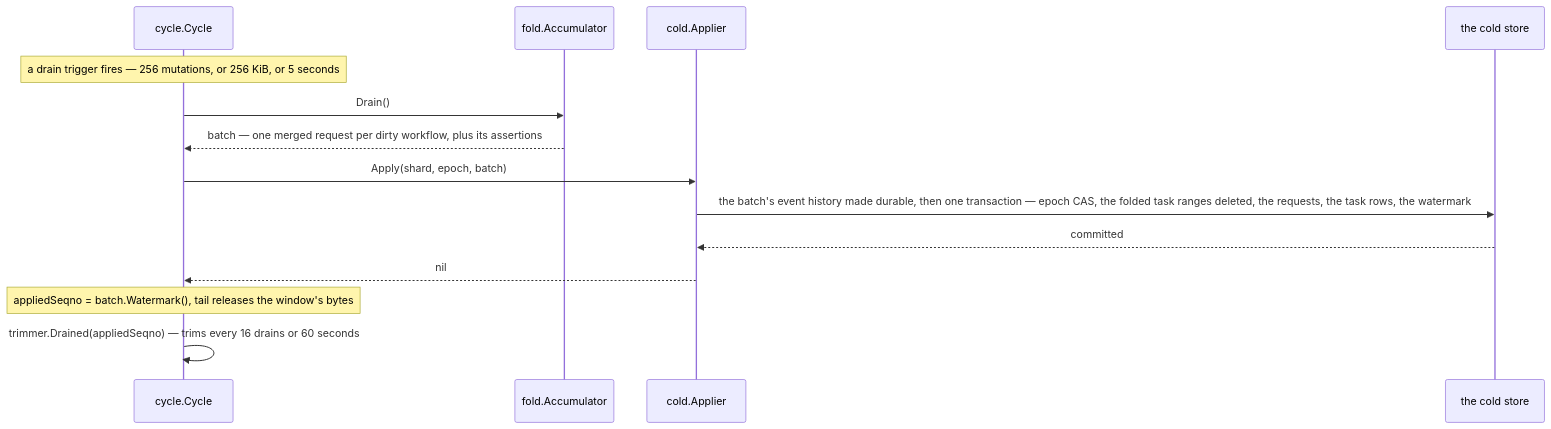
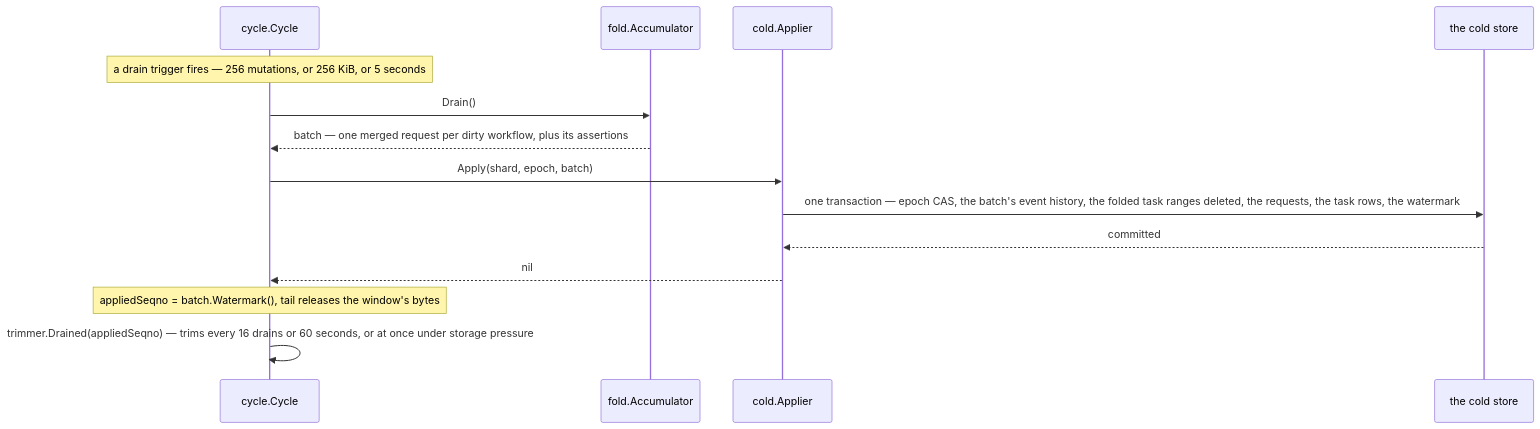
One commit to aromanovich/waltz changed the second of 10 diagrams in docs/handbook/05-write-path.md. Above: the diagram before and after it, drawn with Mermaid. The commit also changed other lines of this file and 42 other files, not shown here.

First line of the commit message:
docs: every page read against the tree, round one

````diff
--- a/docs/handbook/05-write-path.md
+++ b/docs/handbook/05-write-path.md
@@ -144,17 +149,17 @@
 ```mermaid
 sequenceDiagram
   participant CY as cycle.Cycle
   participant ACC as fold.Accumulator
   participant AP as cold.Applier
   participant CS as the cold store
 
   Note over CY: a drain trigger fires — 256 mutations, or 256 KiB, or 5 seconds
   CY->>ACC: Drain()
   ACC-->>CY: batch — one merged request per dirty workflow, plus its assertions
   CY->>AP: Apply(shard, epoch, batch)
-  AP->>CS: the batch's event history made durable, then one transaction — epoch CAS, the folded task ranges deleted, the requests, the task rows, the watermark
+  AP->>CS: one transaction — epoch CAS, the batch's event history, the folded task ranges deleted, the requests, the task rows, the watermark
   CS-->>AP: committed
   AP-->>CY: nil
   Note over CY: appliedSeqno = batch.Watermark(), tail releases the window's bytes
-  CY->>CY: trimmer.Drained(appliedSeqno) — trims every 16 drains or 60 seconds
+  CY->>CY: trimmer.Drained(appliedSeqno) — trims every 16 drains or 60 seconds, or at once under storage pressure
 ```
````
